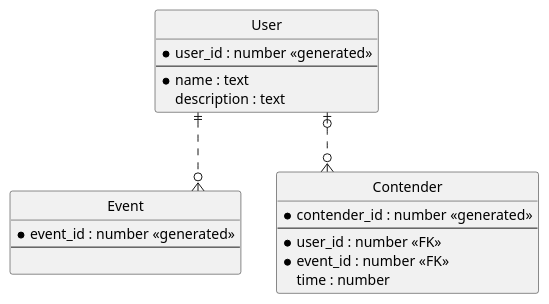
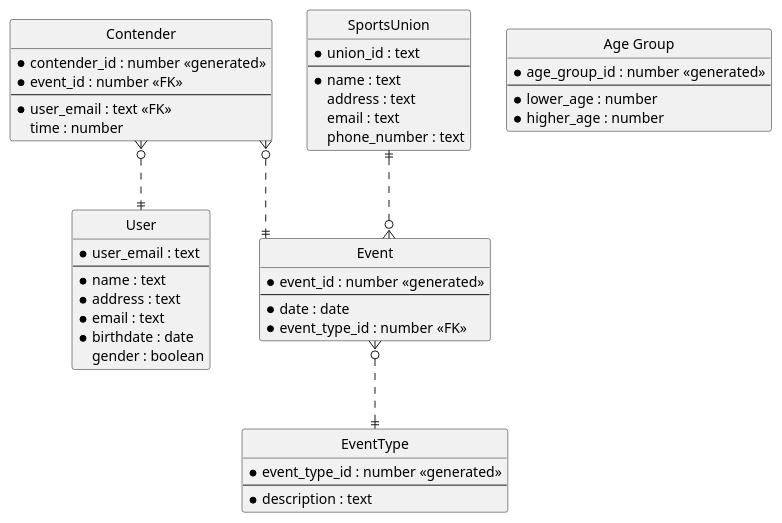
One commit to DTUSoftware/DBProject changed the diagram in src/main/resources/ER-Diagram.puml. Above: the diagram before and after it, drawn with PlantUML. The commit also changed 1 other file, not shown here.

Commit message:
motherfucking er diagram

```diff
--- a/src/main/resources/ER-Diagram.puml
+++ b/src/main/resources/ER-Diagram.puml
@@ -1,34 +1,68 @@
 @startuml
 'https://plantuml.com/ie-diagram
 
 ' hide the spot
 hide circle
 
 ' avoid problems with angled crows feet
 skinparam linetype ortho
 
 entity User {
-  *user_id : number <<generated>>
+  *user_email : text
   --
   *name : text
-  description : text
+  *address : text
+  *email : text
+  *birthdate : date
+  gender : boolean
 }
 
 entity Event {
   *event_id : number <<generated>>
   --
+  *date : date
+  *event_type_id : number <<FK>>
+}
 
+entity EventType {
+  *event_type_id : number <<generated>>
+  --
+  *description : text
 }
+Event }o..|| EventType
 
 entity Contender {
   *contender_id : number <<generated>>
+  * event_id : number <<FK>>
   --
-  * user_id : number <<FK>>
-  * event_id : number <<FK>>
+  * user_email : text <<FK>>
   time : number
 }
+Contender }o..|| Event
+Contender }o..|| User
 
-User ||..o{ Event
-User |o..o{ Contender
+
+entity "Age Group" {
+    *age_group_id : number <<generated>>
+    --
+    *lower_age : number
+    *higher_age : number
+}
+
+entity SportsUnion {
+    *union_id : text
+    --
+    *name : text
+    address : text
+    email : text
+    phone_number : text
+}
+SportsUnion ||..o{ Event
+
+
+
+'User ||..o{ Event
+'User |o..o{ Contender
+
 
 @enduml
```
